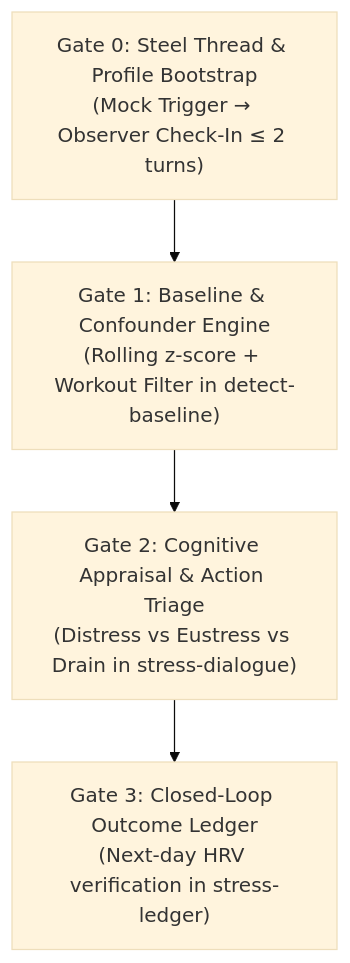
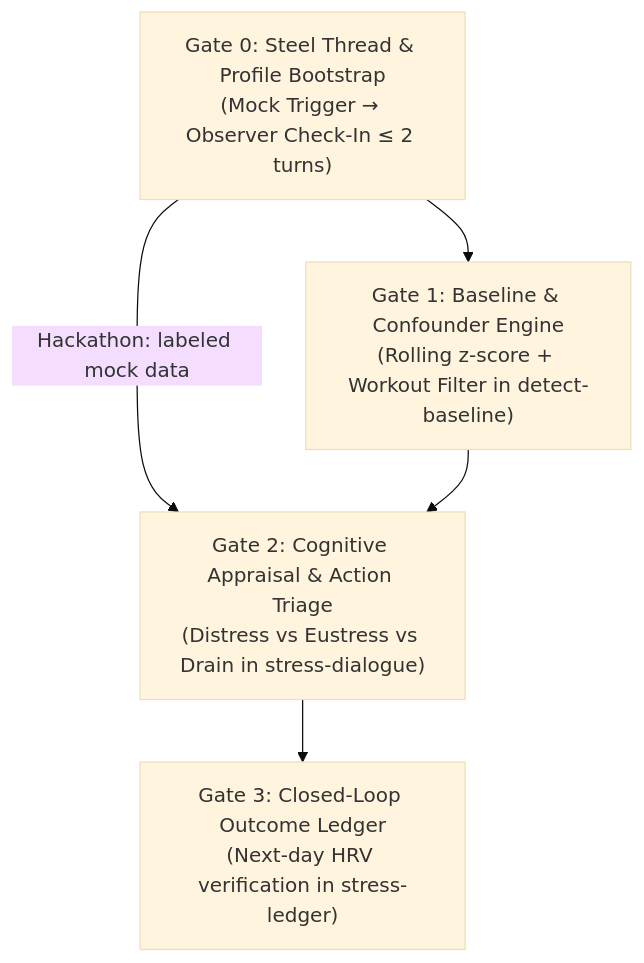
One commit to alenils/TheOverthinkers changed the first of 2 diagrams in Plan/PLAN.md. Above: the diagram before and after it, drawn with Mermaid (base theme). The commit also changed other lines of this file, not shown here.

````diff
--- a/Plan/PLAN.md
+++ b/Plan/PLAN.md
@@ -101,9 +112,10 @@
 ```mermaid
 flowchart TD
     G0["Gate 0: Steel Thread & Profile Bootstrap<br/>(Mock Trigger → Observer Check-In ≤ 2 turns)"]
     G1["Gate 1: Baseline & Confounder Engine<br/>(Rolling z-score + Workout Filter in detect-baseline)"]
     G2["Gate 2: Cognitive Appraisal & Action Triage<br/>(Distress vs Eustress vs Drain in stress-dialogue)"]
     G3["Gate 3: Closed-Loop Outcome Ledger<br/>(Next-day HRV verification in stress-ledger)"]
 
+    G0 -->|"Hackathon: labeled mock data"| G2
     G0 --> G1 --> G2 --> G3
 ```
````
